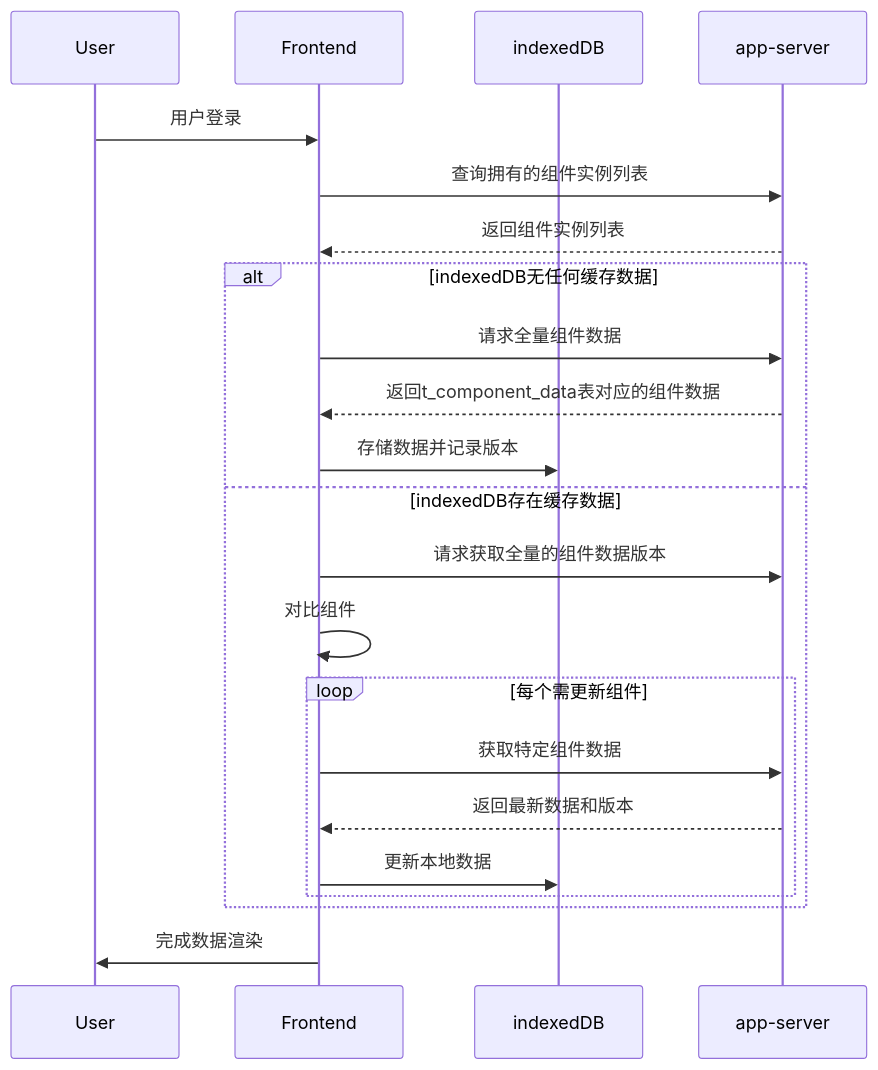
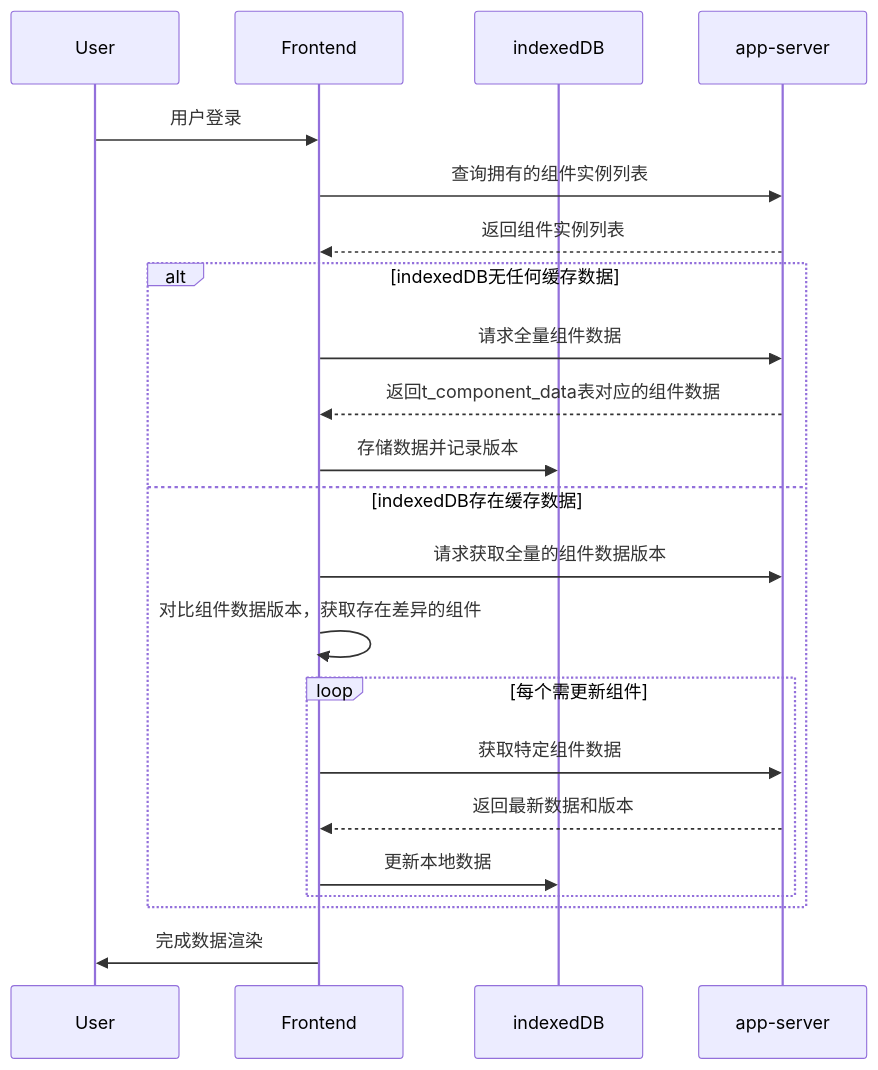
The diagram in all/未命名-24.md (yingjianzh/iodraw-files), drawn with Mermaid before and after one commit.

Commit message:
2025-02-24 17:12:53 update

````diff
--- a/all/未命名-24.md
+++ b/all/未命名-24.md
@@ -1,26 +1,26 @@
 ```mermaid
 sequenceDiagram
     participant User
     participant Frontend
     participant indexedDB
     participant app-server
 
     User->>Frontend: 用户登录
     Frontend->>app-server: 查询拥有的组件实例列表
     app-server-->>Frontend: 返回组件实例列表
     
     alt indexedDB无任何缓存数据
         Frontend->>app-server: 请求全量组件数据
         app-server-->>Frontend: 返回t_component_data表对应的组件数据
         Frontend->>indexedDB: 存储数据并记录版本
     else indexedDB存在缓存数据
         Frontend->>app-server: 请求获取全量的组件数据版本
-        Frontend->>Frontend: 对比组件
+        Frontend->>Frontend: 对比组件数据版本，获取存在差异的组件
         loop 每个需更新组件
             Frontend->>app-server: 获取特定组件数据
             app-server-->>Frontend: 返回最新数据和版本
             Frontend->>indexedDB: 更新本地数据
         end
     end
     Frontend->>User: 完成数据渲染
 ```
````
